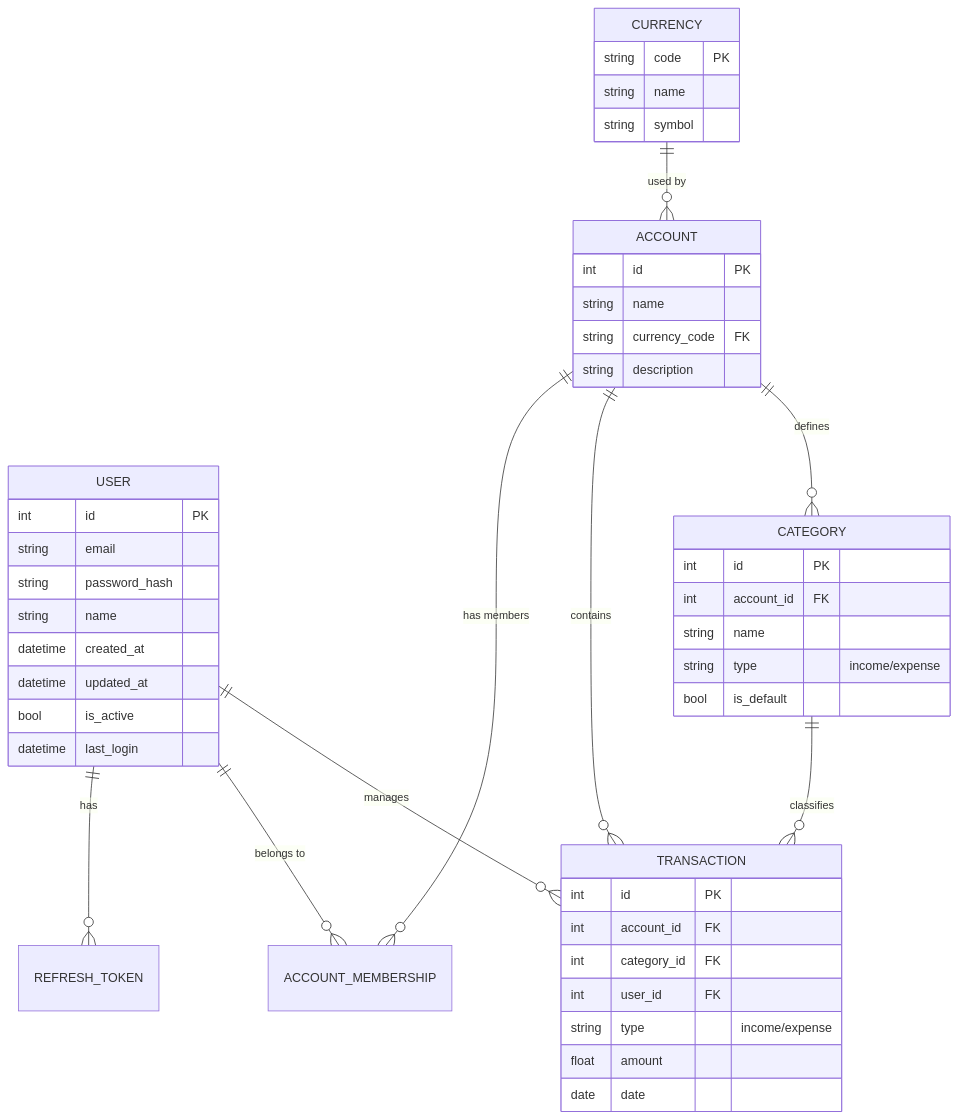
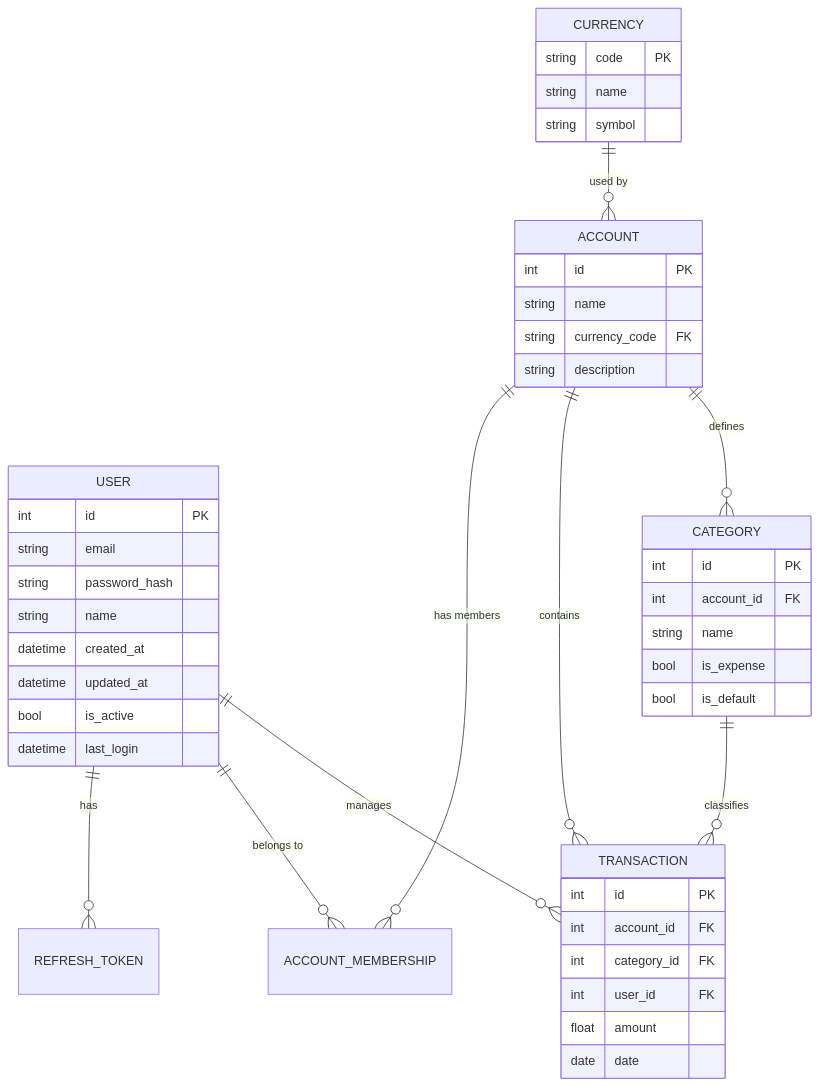
The diagram in CONTRIBUTING.md (TiagoMauricio/YetAnotherBudgetingApp), drawn with Mermaid before and after one commit. The commit also changed 6 other files, not shown here.

````diff
--- a/CONTRIBUTING.md
+++ b/CONTRIBUTING.md
@@ -55,53 +55,52 @@
 ```mermaid
 erDiagram
     USER ||--o{ REFRESH_TOKEN : "has"
     USER ||--o{ ACCOUNT_MEMBERSHIP : "belongs to"
     ACCOUNT ||--o{ ACCOUNT_MEMBERSHIP : "has members"
     ACCOUNT ||--o{ TRANSACTION : "contains"
     ACCOUNT ||--o{ CATEGORY : "defines"
     CURRENCY ||--o{ ACCOUNT : "used by"
     CATEGORY ||--o{ TRANSACTION : "classifies"
     USER ||--o{ TRANSACTION : "manages"
 
     USER {
         int id PK
         string email
         string password_hash
         string name
         datetime created_at
         datetime updated_at
         bool is_active
         datetime last_login
     }
 
     ACCOUNT {
         int id PK
         string name
         string currency_code FK
         string description
     }
 
     TRANSACTION {
         int id PK
         int account_id FK
         int category_id FK
         int user_id FK
-        string type "income/expense"
         float amount
         date date
     }
 
     CATEGORY {
         int id PK
         int account_id FK
         string name
-        string type "income/expense"
+        bool is_expense
         bool is_default
     }
 
     CURRENCY {
         string code PK
         string name
         string symbol
     }
 ```
````
